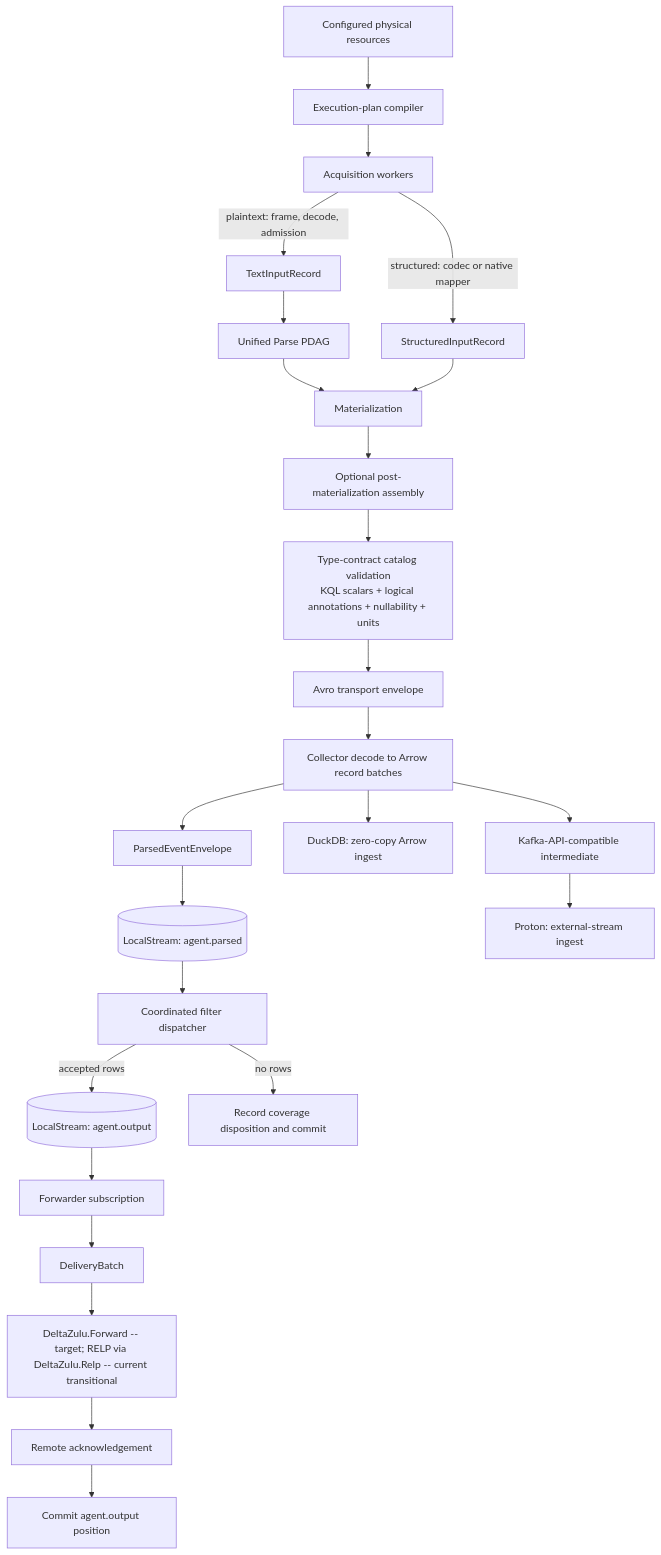
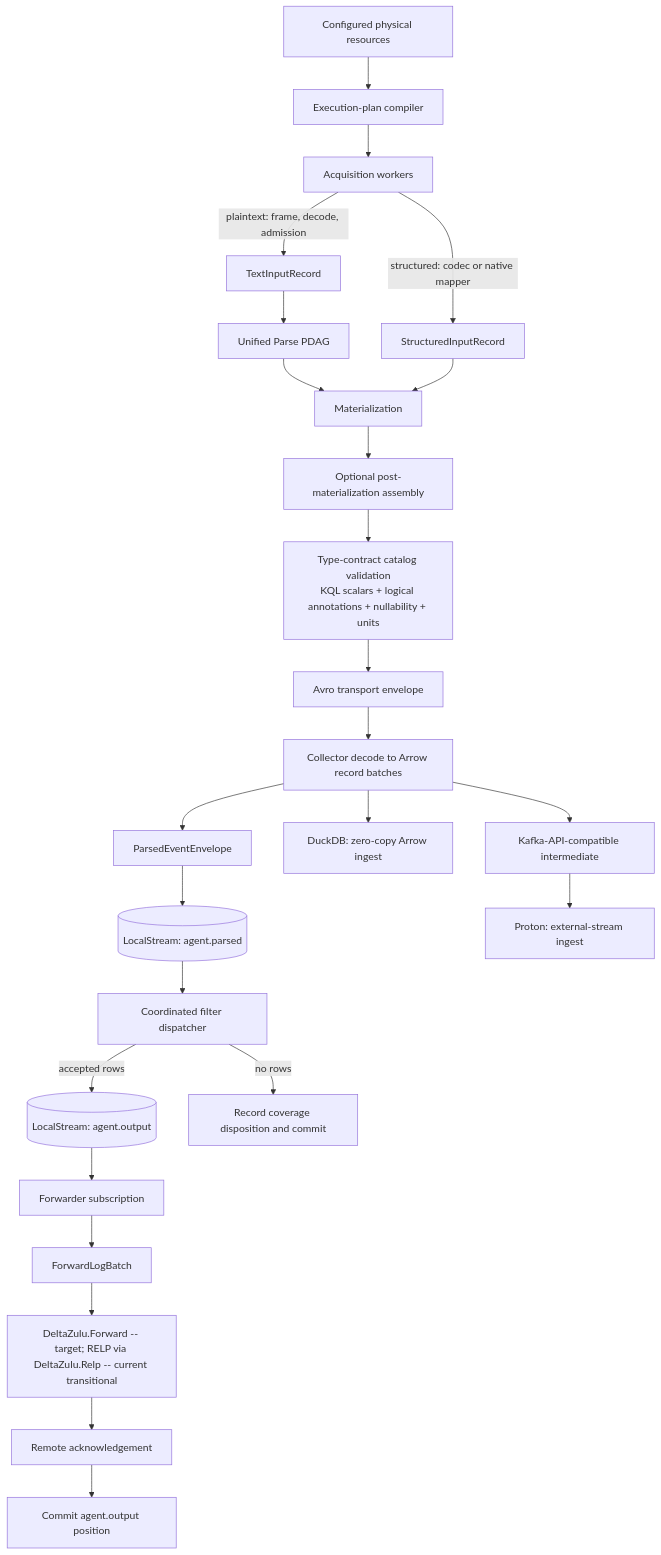
One commit to DeltaZulu-OU/DeltaZulu.Agent changed the diagram in docs/ARCHITECTURE.md. Above: the diagram before and after it, drawn with Mermaid. The commit also changed other lines of this file and 30 other files, not shown here.

````diff
--- a/docs/ARCHITECTURE.md
+++ b/docs/ARCHITECTURE.md
@@ -48,28 +49,28 @@
 ```mermaid
 flowchart TD
     R[Configured physical resources] --> P[Execution-plan compiler]
     P --> A[Acquisition workers]
     A -->|plaintext: frame, decode, admission| T[TextInputRecord]
     A -->|structured: codec or native mapper| S[StructuredInputRecord]
     T --> N[Unified Parse PDAG]
     N --> M[Materialization]
     S --> M
     M --> AS[Optional post-materialization assembly]
     AS --> SC[Type-contract catalog validation
 KQL scalars + logical annotations + nullability + units]
     SC --> AV[Avro transport envelope]
     AV --> AR[Collector decode to Arrow record batches]
     AR --> PE[ParsedEventEnvelope]
     PE --> PS[(LocalStream: agent.parsed)]
     PS --> FD[Coordinated filter dispatcher]
     FD -->|accepted rows| OS[(LocalStream: agent.output)]
     FD -->|no rows| D[Record coverage disposition and commit]
     OS --> RF[Forwarder subscription]
-    RF --> B[DeliveryBatch]
+    RF --> B[ForwardLogBatch]
     B --> FWD[DeltaZulu.Forward -- target; RELP via DeltaZulu.Relp -- current transitional]
     FWD --> ACK[Remote acknowledgement]
     ACK --> C[Commit agent.output position]
     AR --> DDB[DuckDB: zero-copy Arrow ingest]
     AR --> KI[Kafka-API-compatible intermediate]
     KI --> PROTON[Proton: external-stream ingest]
 ```
````
